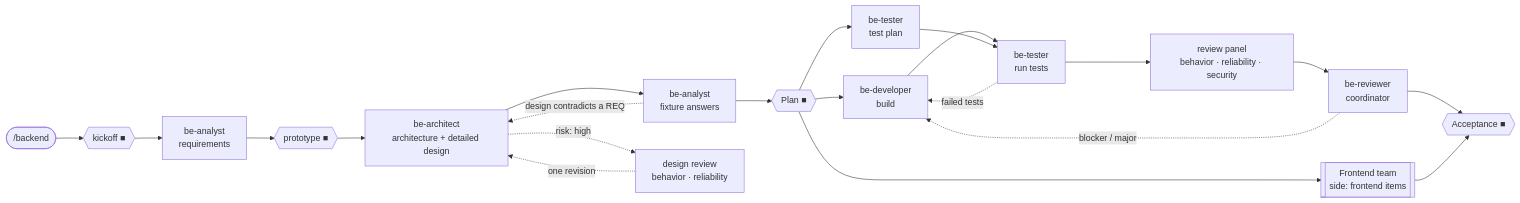
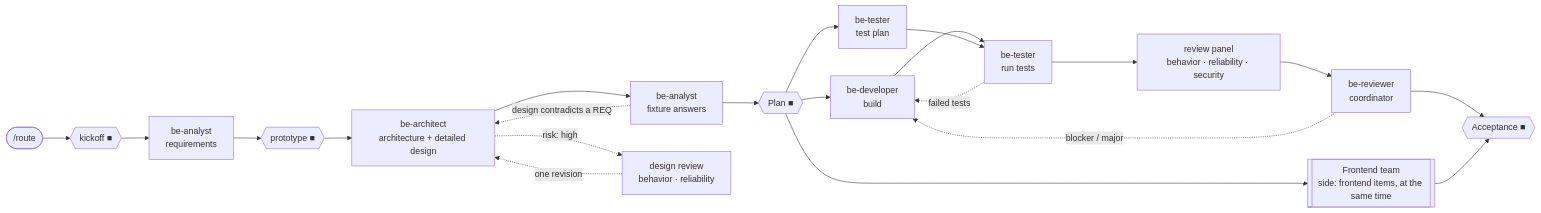
Before and after one commit to borun-li/claude-harness: the diagram in backend/README.md, drawn with Mermaid. The commit also changed other lines of this file and 92 other files, not shown here.

````diff
--- a/backend/README.md
+++ b/backend/README.md
@@ -8,13 +8,13 @@
 ```mermaid
 flowchart LR
-    S(["/backend"]) --> K{{kickoff ■}} --> AN[be-analyst<br/>requirements] --> P{{prototype ■}}
+    S(["/route"]) --> K{{kickoff ■}} --> AN[be-analyst<br/>requirements] --> P{{prototype ■}}
     P --> AR[be-architect<br/>architecture + detailed design] --> FX[be-analyst<br/>fixture answers] --> PL{{Plan ■}}
     AR -. "risk: high" .-> DR[design review<br/>behavior · reliability] -. "one revision" .-> AR
     FX -. "design contradicts a REQ" .-> AR
     PL --> DEV[be-developer<br/>build] & TP[be-tester<br/>test plan]
-    PL --> FT[[Frontend team<br/>side: frontend items]]
+    PL --> FT[[Frontend team<br/>side: frontend items, at the same time]]
     DEV & TP --> VT[be-tester<br/>run tests] --> PN[review panel<br/>behavior · reliability · security] --> CO[be-reviewer<br/>coordinator] --> AC{{Acceptance ■}}
     FT --> AC
     VT -. "failed tests" .-> DEV
     CO -. "blocker / major" .-> DEV
 ```
````
